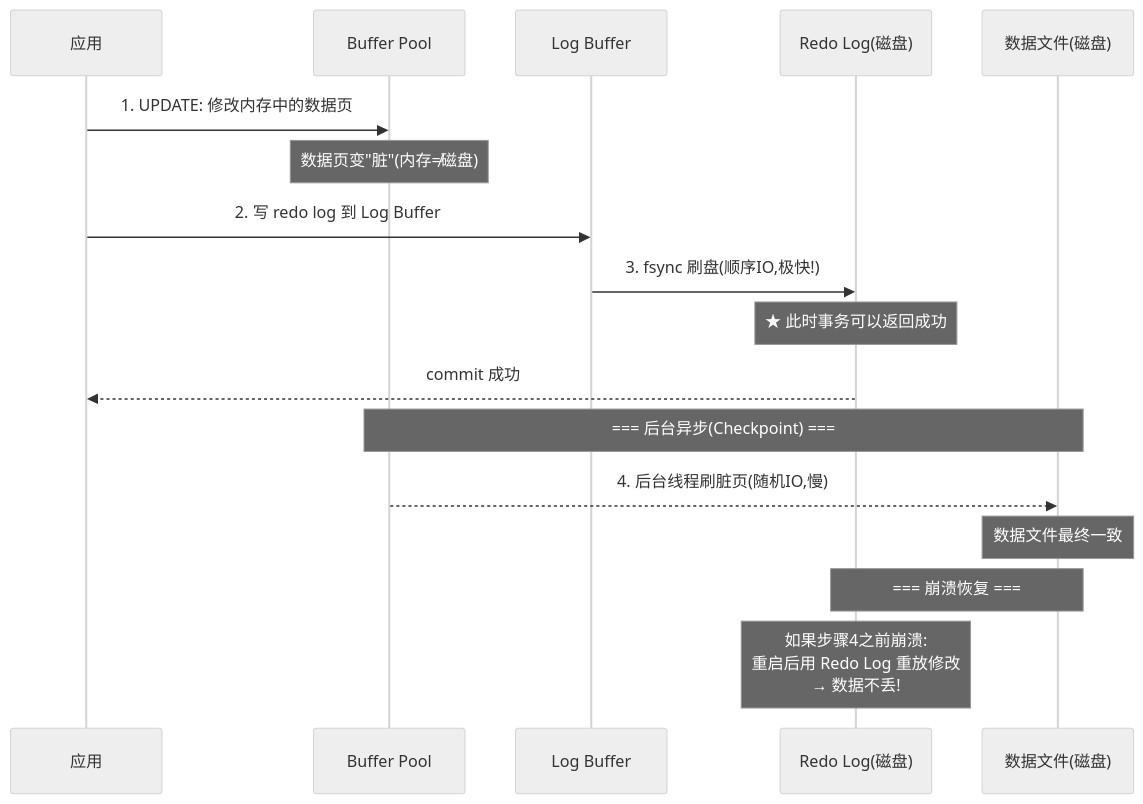
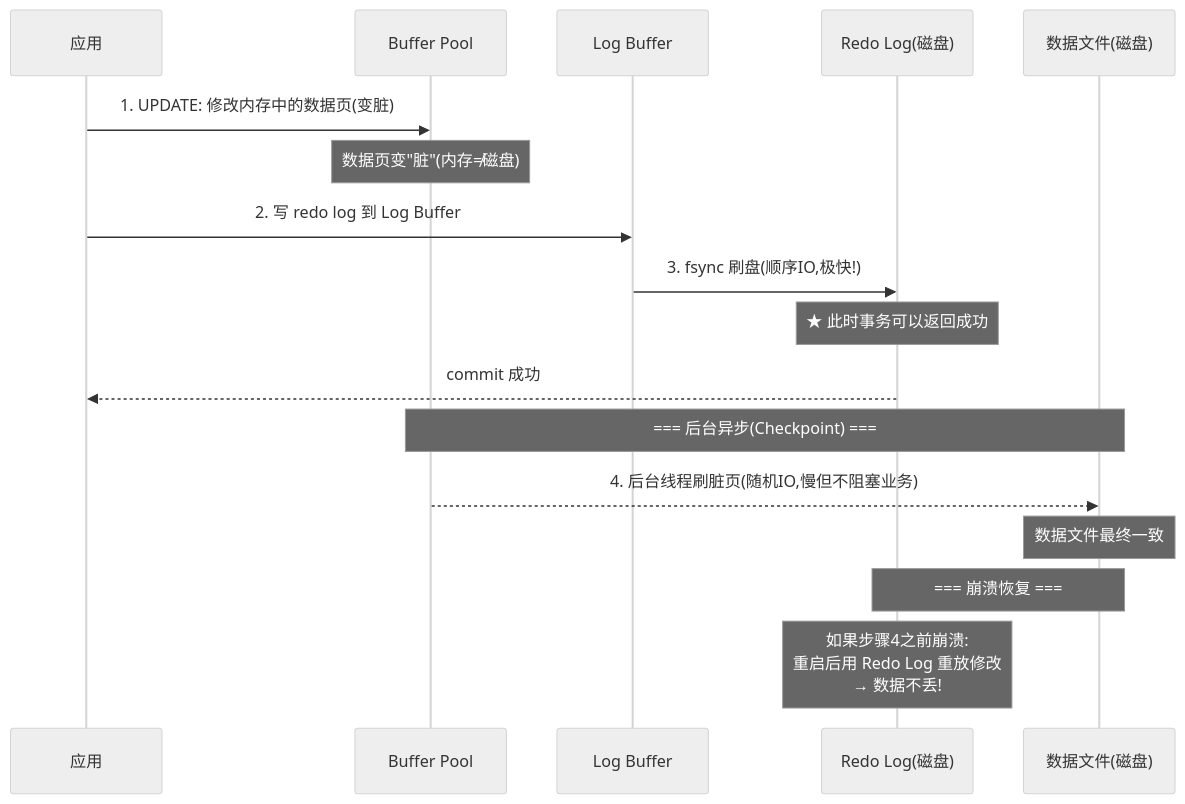
One commit to qigao0787-ops/gq-test changed diagram 23 of 34 in document/strengthen/性能调优面试总结_增强版.md. Above: the diagram before and after it, drawn with Mermaid (neutral theme). The commit also changed other lines of this file, not shown here.

````diff
--- a/document/strengthen/性能调优面试总结_增强版.md
+++ b/document/strengthen/性能调优面试总结_增强版.md
@@ -1530,22 +1707,22 @@
 ```mermaid
 sequenceDiagram
     participant App as 应用
     participant BP as Buffer Pool
     participant LB as Log Buffer
     participant RL as Redo Log(磁盘)
     participant DF as 数据文件(磁盘)
 
-    App->>BP: 1. UPDATE: 修改内存中的数据页
+    App->>BP: 1. UPDATE: 修改内存中的数据页(变脏)
     Note over BP: 数据页变"脏"(内存≠磁盘)
     App->>LB: 2. 写 redo log 到 Log Buffer
     LB->>RL: 3. fsync 刷盘(顺序IO,极快!)
     Note over RL: ★ 此时事务可以返回成功
     RL-->>App: commit 成功
 
     Note over BP,DF: === 后台异步(Checkpoint) ===
-    BP-->>DF: 4. 后台线程刷脏页(随机IO,慢)
+    BP-->>DF: 4. 后台线程刷脏页(随机IO,慢但不阻塞业务)
     Note over DF: 数据文件最终一致
 
     Note over RL,DF: === 崩溃恢复 ===
     Note over RL: 如果步骤4之前崩溃:<br/>重启后用 Redo Log 重放修改<br/>→ 数据不丢!
 ```
````
